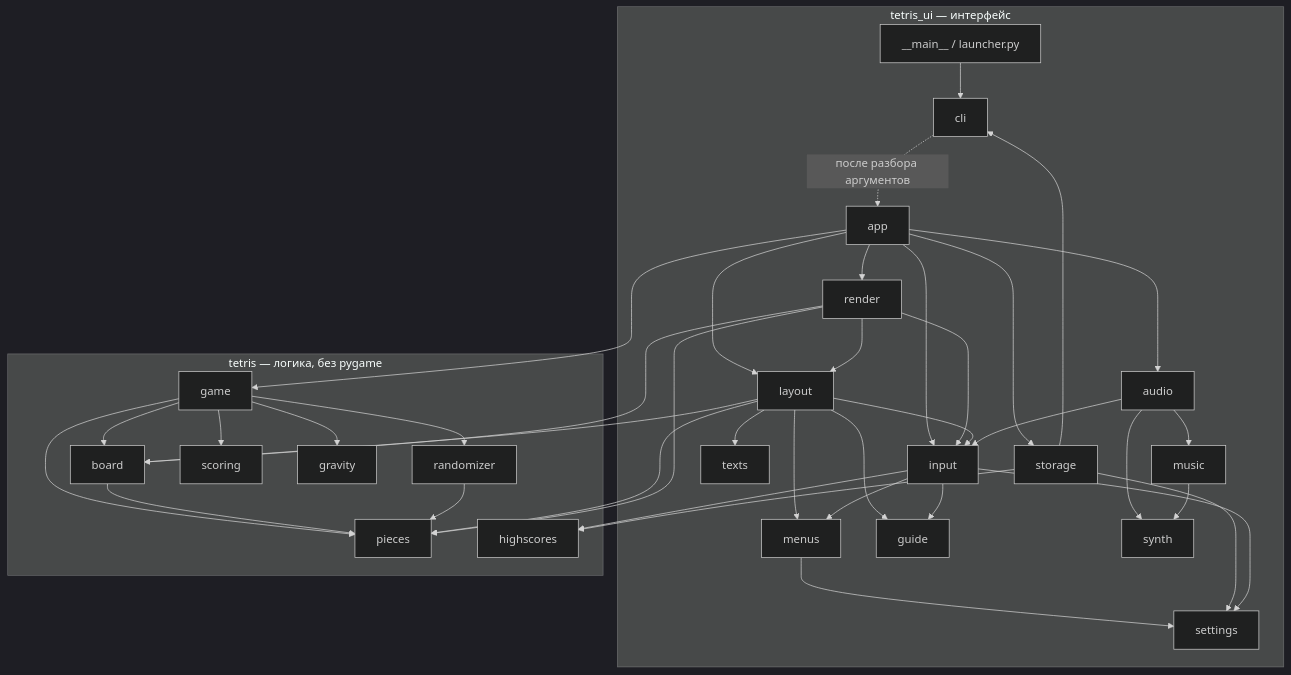
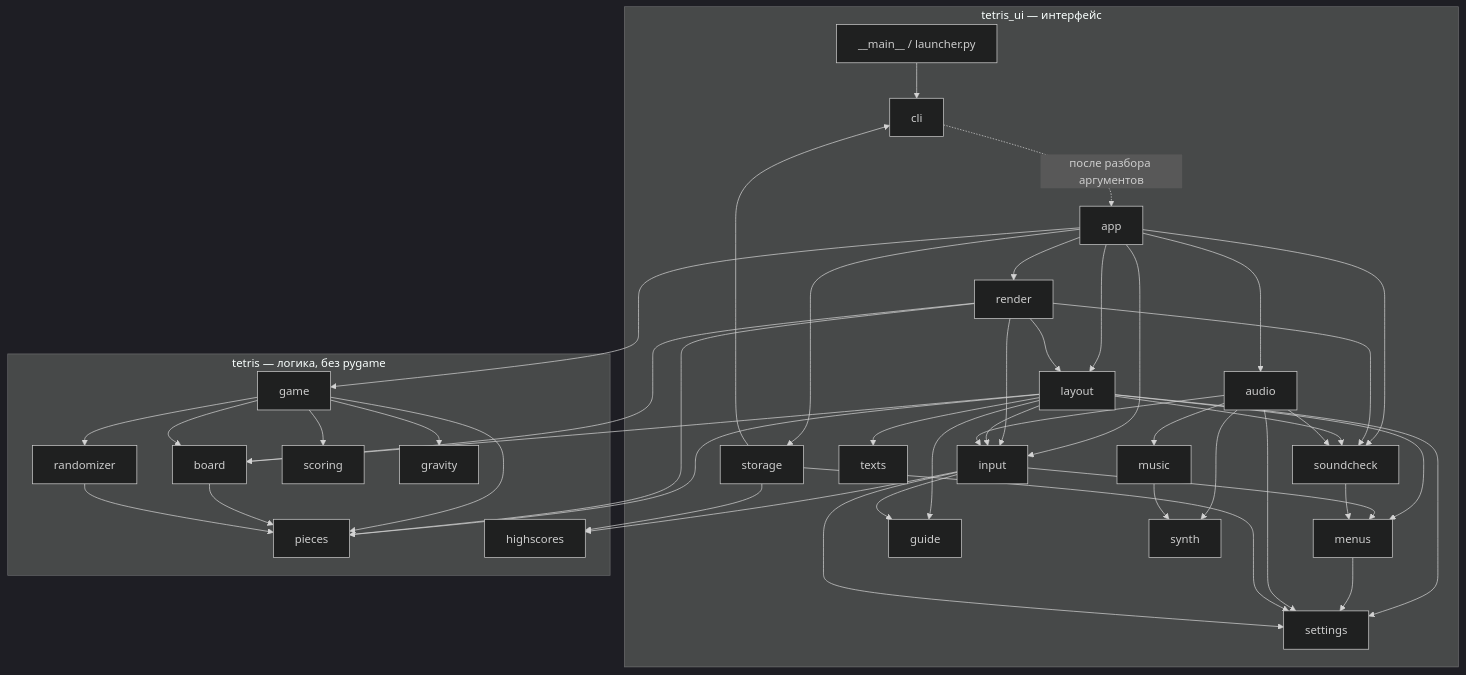
One commit to gadtakoi/tetris changed the first of 3 diagrams in docs/architecture.md. Above: the diagram before and after it, drawn with Mermaid (dark theme). The commit also changed other lines of this file and 25 other files, not shown here.

````diff
--- a/docs/architecture.md
+++ b/docs/architecture.md
@@ -14,27 +14,28 @@
 ```mermaid
 flowchart TB
     subgraph ui["tetris_ui — интерфейс"]
         main["__main__ / launcher.py"] --> cli
         cli -.->|"после разбора аргументов"| app
-        app --> input & render & audio & storage & layout
-        render --> layout & input
-        layout --> input & menus & texts & guide
+        app --> input & render & audio & storage & layout & soundcheck
+        render --> layout & input & soundcheck
+        layout --> input & menus & texts & guide & soundcheck & settings
         input --> menus & guide
         menus --> settings
-        audio --> synth & music & input
+        audio --> synth & music & input & soundcheck & settings
         music --> synth
+        soundcheck --> menus
         storage --> settings & cli
         input --> settings
     end
     subgraph logic["tetris — логика, без pygame"]
         game --> board & pieces & randomizer & scoring & gravity
         board --> pieces
         randomizer --> pieces
         highscores
     end
     app --> game
     input --> highscores
     storage --> highscores
     layout --> board & pieces
     render --> board & pieces
 ```
````
